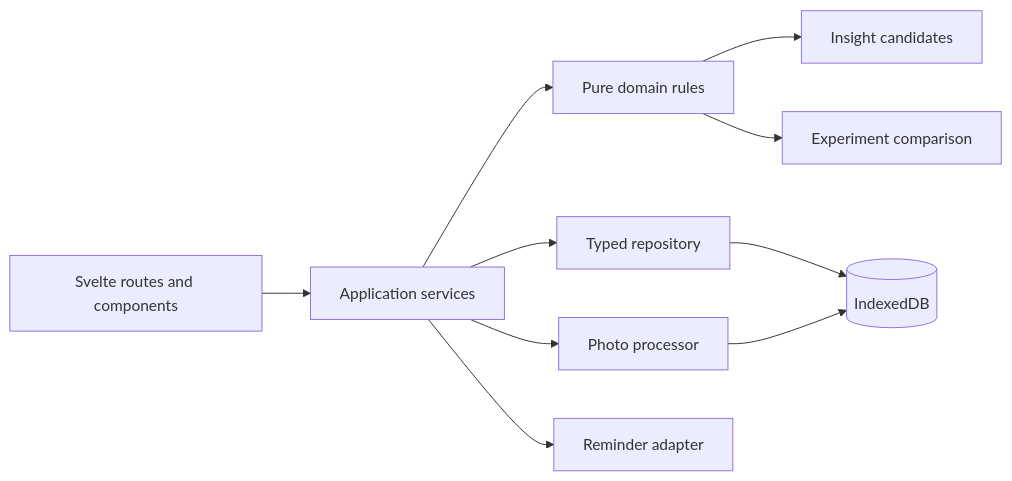
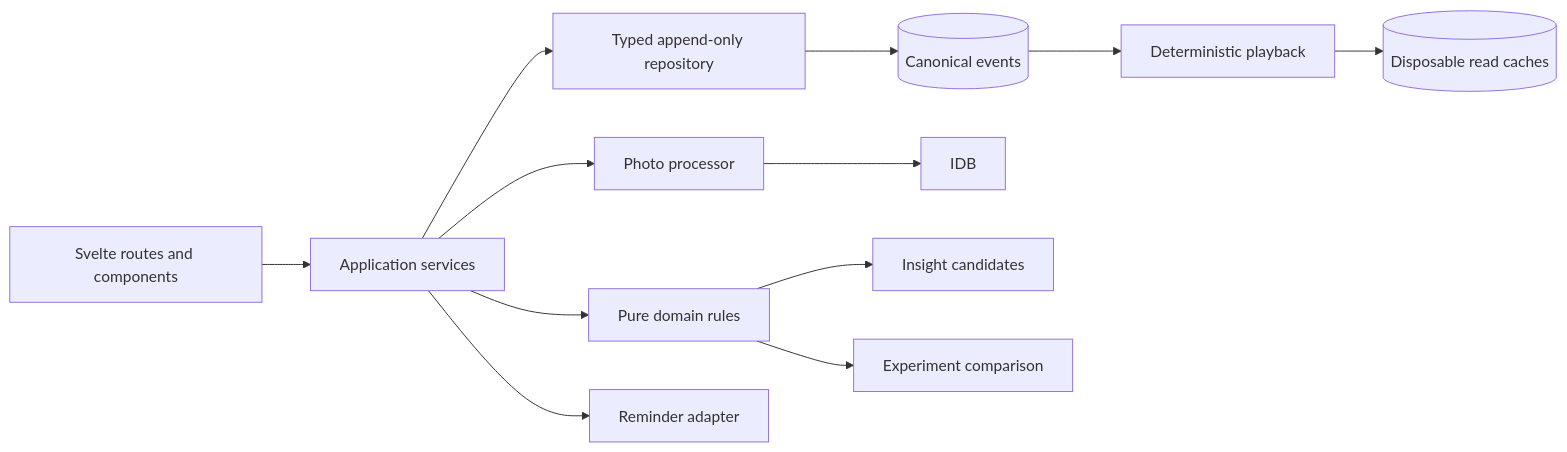
One commit to anicolao/hunger changed the second of 2 diagrams in MVP_DESIGN.md. Above: the diagram before and after it, drawn with Mermaid. The commit also changed other lines of this file and 27 other files, not shown here.

````diff
--- a/MVP_DESIGN.md
+++ b/MVP_DESIGN.md
@@ -501,12 +524,14 @@
 ```mermaid
 flowchart LR
     UI[Svelte routes and components] --> APP[Application services]
     APP --> DOMAIN[Pure domain rules]
-    APP --> REPO[Typed repository]
-    REPO --> IDB[(IndexedDB)]
+    APP --> REPO[Typed append-only repository]
+    REPO --> EVENTS[(Canonical events)]
+    EVENTS --> PLAY[Deterministic playback]
+    PLAY --> CACHE[(Disposable read caches)]
     APP --> PHOTO[Photo processor]
     PHOTO --> IDB
     APP --> REMIND[Reminder adapter]
     DOMAIN --> INSIGHT[Insight candidates]
     DOMAIN --> EXP[Experiment comparison]
 ```
````
